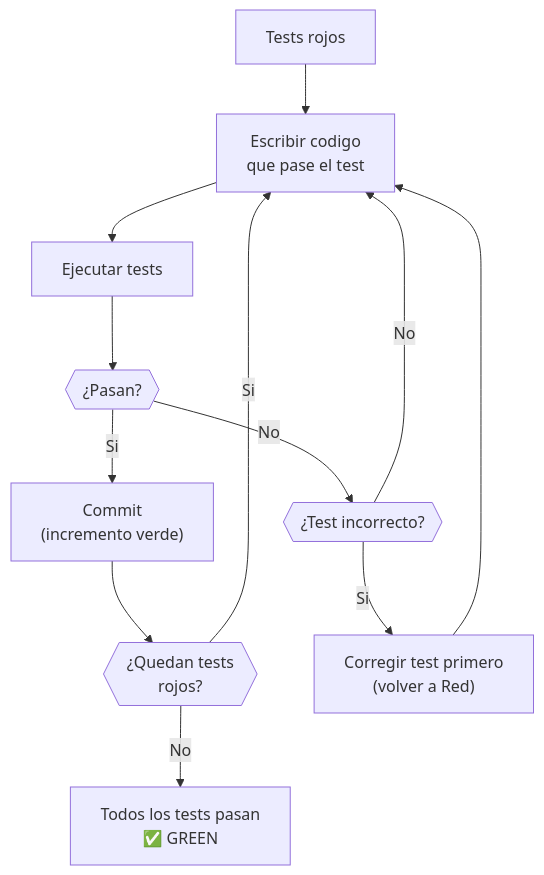
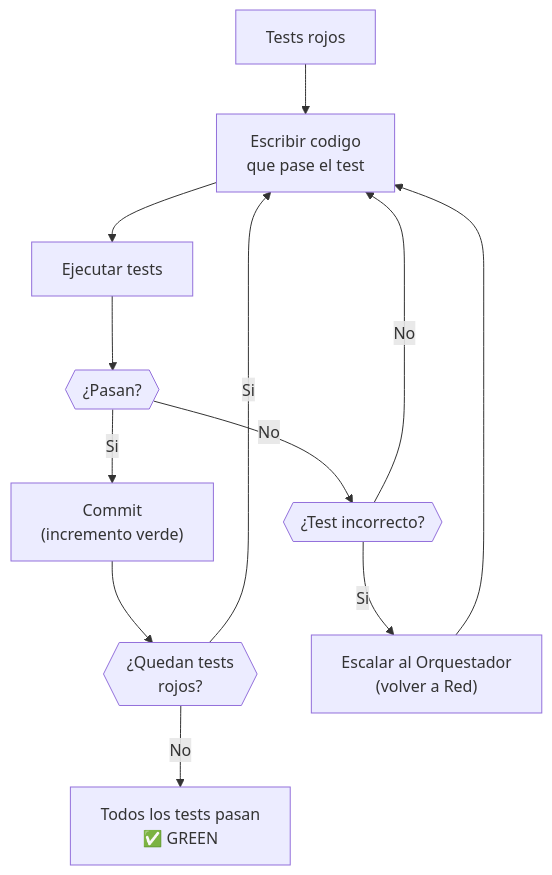
Before and after one commit to virgenherrera/idea-to-mvp: the second of 3 diagrams in docs/execution/green.md, drawn with Mermaid. The commit also changed other lines of this file and 6 other files, not shown here.

````diff
--- a/docs/execution/green.md
+++ b/docs/execution/green.md
@@ -9,22 +31,22 @@
 ```mermaid
 flowchart TD
     START["Tests rojos"]
     WRITE["Escribir codigo\nque pase el test"]
     RUN["Ejecutar tests"]
     CHECK{{"¿Pasan?"}}
     COMMIT["Commit\n(incremento verde)"]
     NEXT{{"¿Quedan tests\nrojos?"}}
     DONE["Todos los tests pasan\n✅ GREEN"]
 
     START --> WRITE
     WRITE --> RUN
     RUN --> CHECK
     CHECK -->|"No"| FIX{{"¿Test incorrecto?"}}
-    FIX -->|"Si"| FIX_TEST["Corregir test primero\n(volver a Red)"]
+    FIX -->|"Si"| FIX_TEST["Escalar al Orquestador\n(volver a Red)"]
     FIX -->|"No"| WRITE
     FIX_TEST --> WRITE
     CHECK -->|"Si"| COMMIT
     COMMIT --> NEXT
     NEXT -->|"Si"| WRITE
     NEXT -->|"No"| DONE
 ```
````
